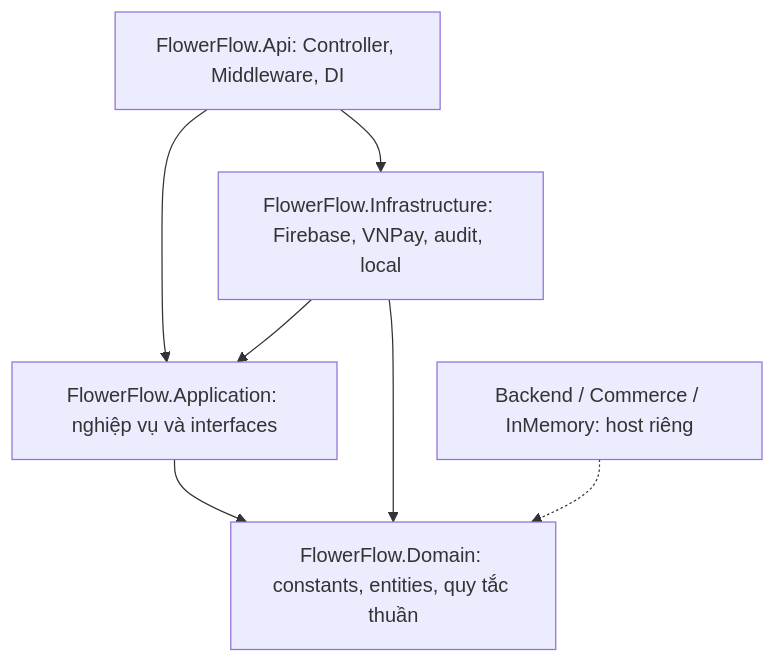
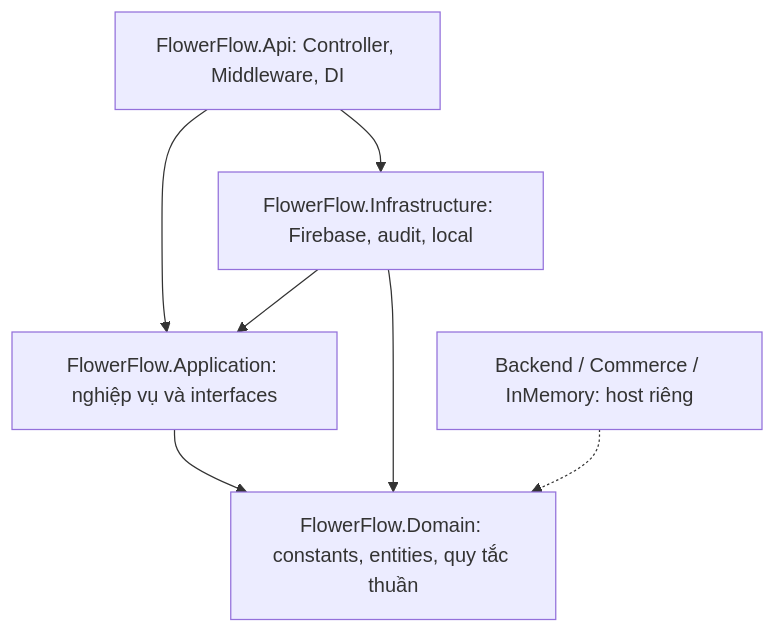
The second of 4 diagrams in docs/wiki/Software-Architecture-Document.md (Rajat24111994/flower.com), drawn with Mermaid before and after one commit. The commit also changed other lines of this file and 8 other files, not shown here.

````diff
--- a/docs/wiki/Software-Architecture-Document.md
+++ b/docs/wiki/Software-Architecture-Document.md
@@ -35,9 +34,9 @@
 ```mermaid
 flowchart TD
     Api[FlowerFlow.Api: Controller, Middleware, DI] --> App[FlowerFlow.Application: nghiệp vụ và interfaces]
-    Api --> Infra[FlowerFlow.Infrastructure: Firebase, VNPay, audit, local]
+    Api --> Infra[FlowerFlow.Infrastructure: Firebase, audit, local]
     Infra --> App
     App --> Domain[FlowerFlow.Domain: constants, entities, quy tắc thuần]
     Infra --> Domain
     Separate[Backend / Commerce / InMemory: host riêng] -.-> Domain
 ```
````
